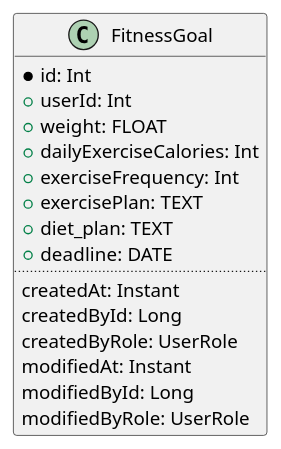
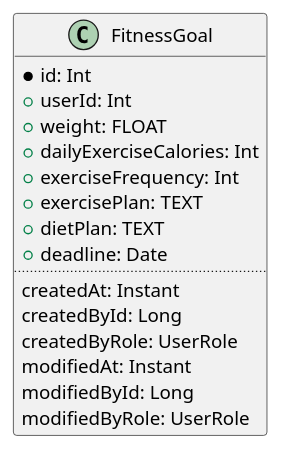
The diagram in class/record/fitness_goal.puml (sweav-org/sweav-uml), drawn with PlantUML before and after one commit. The commit also changed 4 other files, not shown here.

Commit message:
카카오 로그인 시퀀스 다이어그램 추가

```diff
--- a/class/record/fitness_goal.puml
+++ b/class/record/fitness_goal.puml
@@ -1,22 +1,22 @@
 @startuml
 'https://plantuml.com/class-diagram
 
 class FitnessGoal {
   *id: Int
   +userId: Int
   +weight: FLOAT
   +dailyExerciseCalories: Int
   +exerciseFrequency: Int
   +exercisePlan: TEXT
-  +diet_plan: TEXT
-  +deadline: DATE
+  +dietPlan: TEXT
+  +deadline: Date
   ..
   createdAt: Instant
   createdById: Long
   createdByRole: UserRole
   modifiedAt: Instant
   modifiedById: Long
   modifiedByRole: UserRole
 }
 
 @enduml
```
